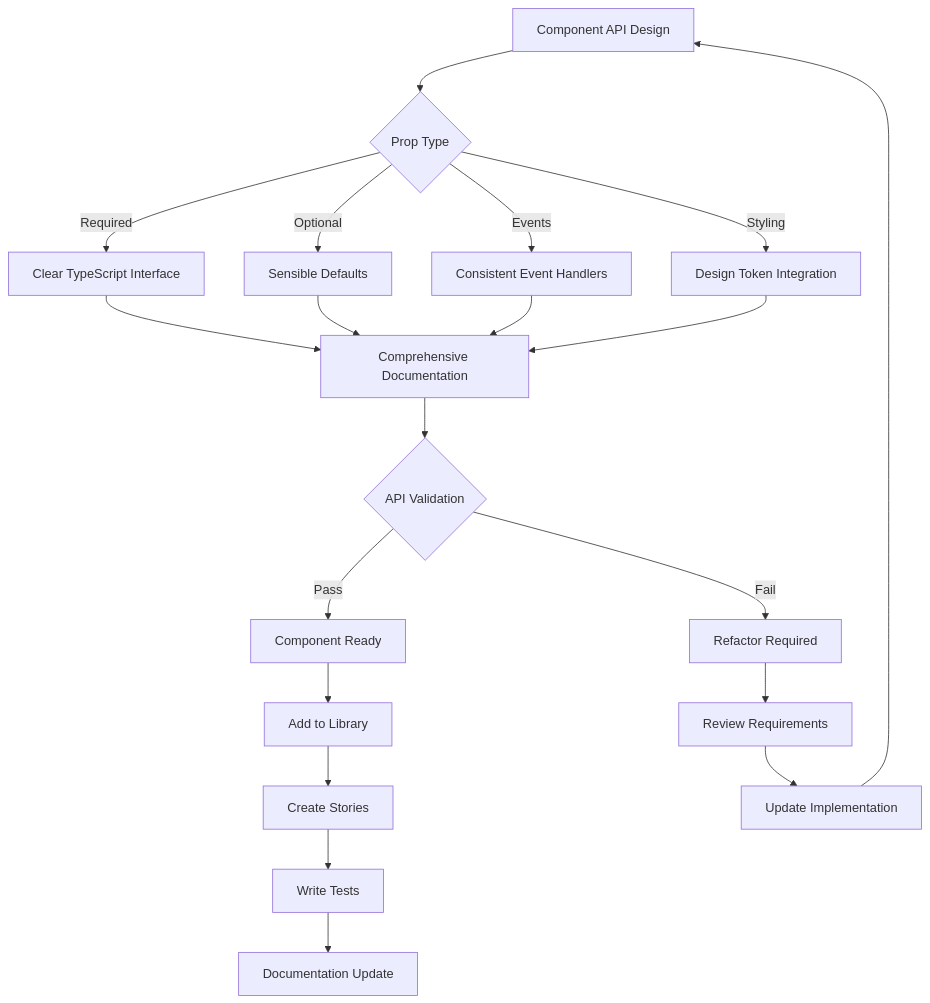
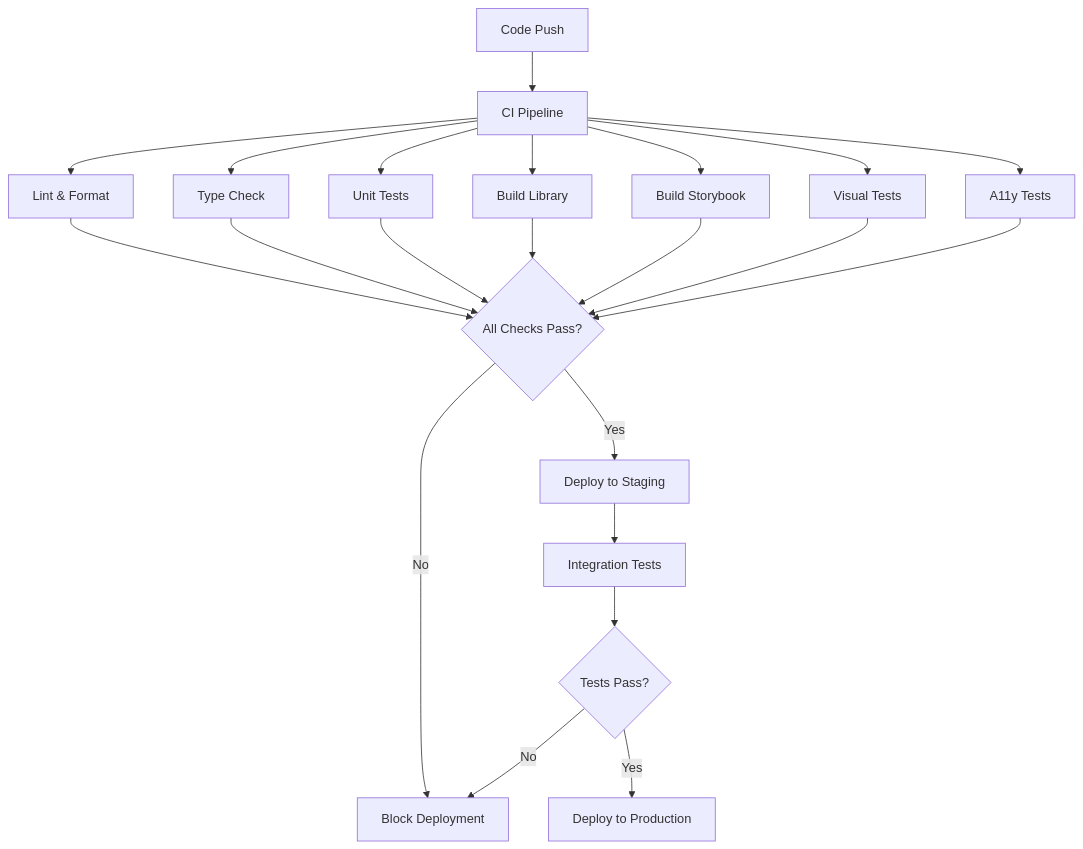
One commit to DementedWeasel1971/storybook changed the fifth of 5 diagrams in CLAUDE.md. Above: the diagram before and after it, drawn with Mermaid. The commit also changed other lines of this file and 4 other files, not shown here.

First line of the commit message:
feat: Implement automated CLAUDE.md generation system via Architect Crew methodology

````diff
--- a/CLAUDE.md
+++ b/CLAUDE.md
@@ -957,26 +320,26 @@
 ```mermaid
-flowchart TD
-    A[Component API Design] --> B{Prop Type}
-    B -->|Required| C[Clear TypeScript Interface]
-    B -->|Optional| D[Sensible Defaults]
-    B -->|Events| E[Consistent Event Handlers]
-    B -->|Styling| F[Design Token Integration]
+graph TB
+    A[Code Push] --> B[CI Pipeline]
+    B --> C[Lint & Format]
+    B --> D[Type Check]
+    B --> E[Unit Tests]
+    B --> F[Build Library]
+    B --> G[Build Storybook]
+    B --> H[Visual Tests]
+    B --> I[A11y Tests]
     
-    C --> G[Comprehensive Documentation]
-    D --> G
-    E --> G
-    F --> G
+    C --> J{All Checks Pass?}
+    D --> J
+    E --> J
+    F --> J
+    G --> J
+    H --> J
+    I --> J
     
-    G --> H{API Validation}
-    H -->|Pass| I[Component Ready]
-    H -->|Fail| J[Refactor Required]
-    
-    J --> K[Review Requirements]
-    K --> L[Update Implementation]
-    L --> A
-    
-    I --> M[Add to Library]
-    M --> N[Create Stories]
-    N --> O[Write Tests]
-    O --> P[Documentation Update]
+    J -->|No| K[Block Deployment]
+    J -->|Yes| L[Deploy to Staging]
+    L --> M[Integration Tests]
+    M --> N{Tests Pass?}
+    N -->|No| K
+    N -->|Yes| O[Deploy to Production]
 ```
````
